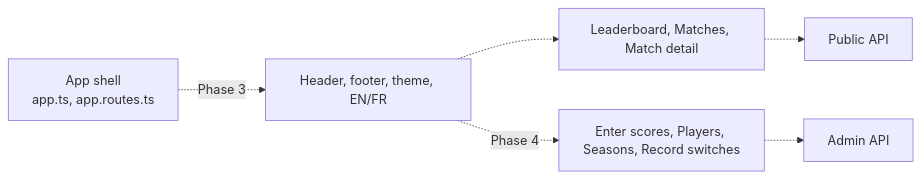
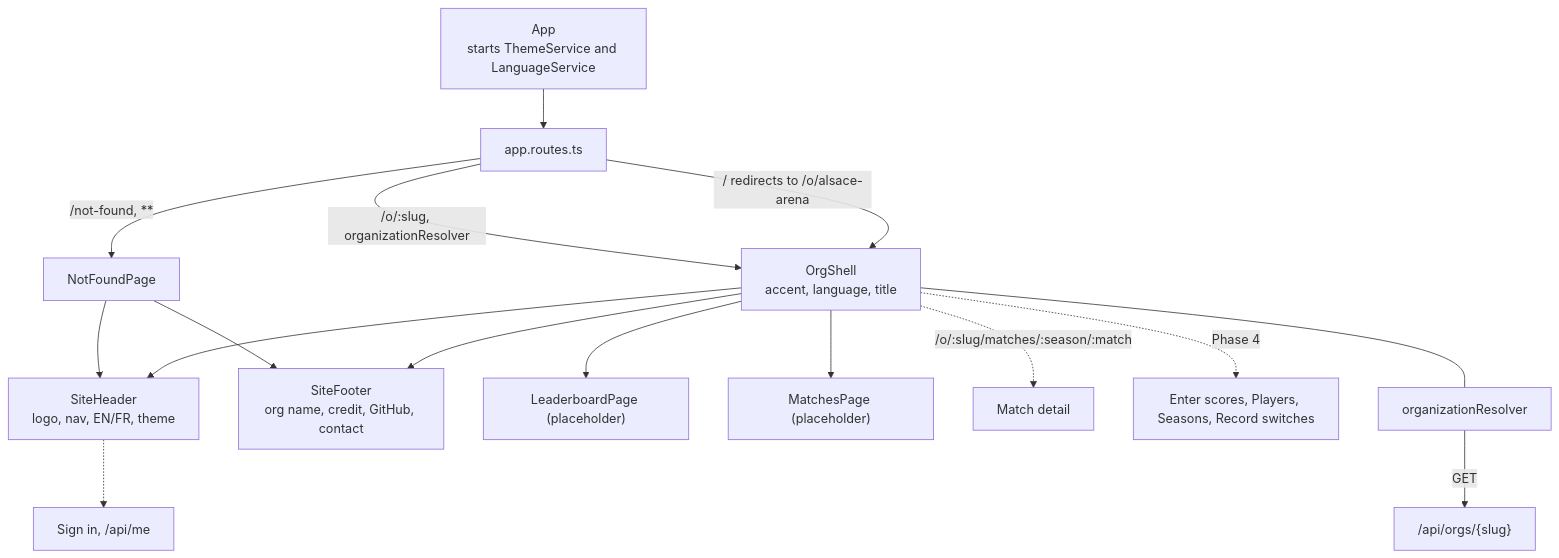
One commit to irmahs-labs/tournament-leaderboard changed the sixth of 7 diagrams in docs/context-graph.md. Above: the diagram before and after it, drawn with Mermaid. The commit also changed other lines of this file and 36 other files, not shown here.

First line of the commit message:
feat: add the Angular shell with themes, accent and languages

````diff
--- a/docs/context-graph.md
+++ b/docs/context-graph.md
@@ -143,8 +145,18 @@
 ```mermaid
-flowchart LR
-    app[App shell<br/>app.ts, app.routes.ts] -.->|Phase 3| shell[Header, footer, theme, EN/FR]
-    shell -.-> pub[Leaderboard, Matches, Match detail]
+flowchart TD
+    app[App<br/>starts ThemeService and LanguageService] --> routes[app.routes.ts]
+    routes -->|"/ redirects to /o/alsace-arena"| shell
+    routes -->|"/o/:slug, organizationResolver"| shell[OrgShell<br/>accent, language, title]
+    routes -->|"/not-found, **"| nf[NotFoundPage]
+    shell --> header[SiteHeader<br/>logo, nav, EN/FR, theme]
+    shell --> footer[SiteFooter<br/>org name, credit, GitHub, contact]
+    nf --> header
+    nf --> footer
+    shell --> lb["LeaderboardPage (placeholder)"]
+    shell --> mt["MatchesPage (placeholder)"]
+    shell -.->|"/o/:slug/matches/:season/:match"| md[Match detail]
+    header -.-> signin[Sign in, /api/me]
     shell -.->|Phase 4| adm[Enter scores, Players, Seasons, Record switches]
-    pub -.-> publicApi[Public API]
-    adm -.-> adminApi[Admin API]
+    resolver[organizationResolver] -->|GET| orgApi["/api/orgs/{slug}"]
+    shell --- resolver
 ```
````
